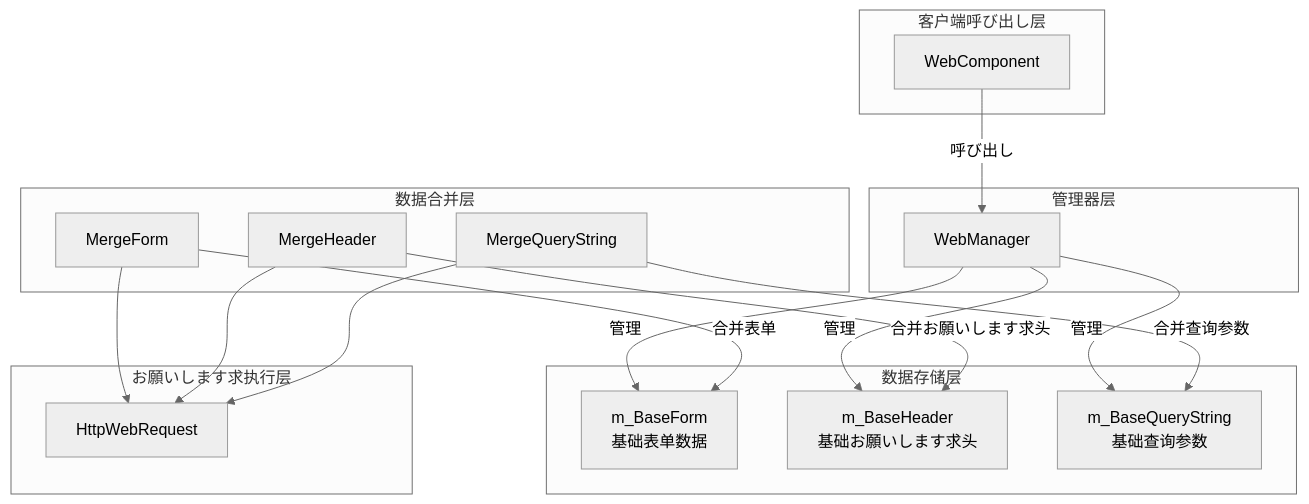
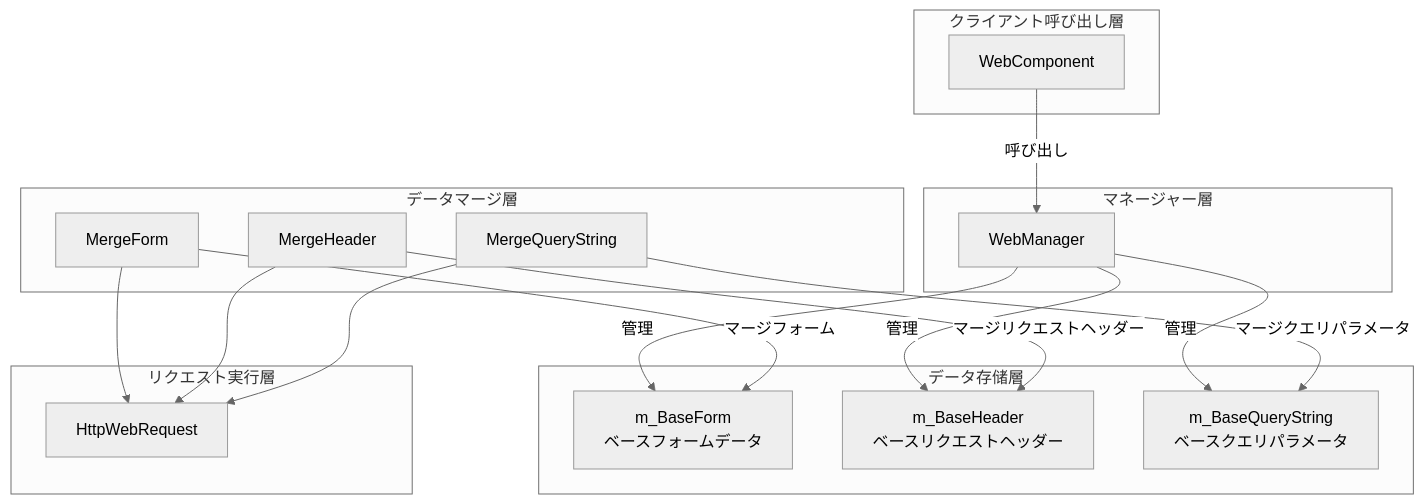
Before and after one commit to AlianBlank/GameFrameX.Docs: the first of 3 diagrams in docs/ja/client/unity/component/web/07.base-data.md, drawn with Mermaid (neutral theme). The commit also changed other lines of this file and 320 other files, not shown here.

````diff
--- a/docs/ja/client/unity/component/web/07.base-data.md
+++ b/docs/ja/client/unity/component/web/07.base-data.md
@@ -28,37 +28,37 @@
 ```mermaid
 flowchart TD
-    subgraph Client["客户端呼び出し层"]
+    subgraph Client["クライアント呼び出し層"]
         WC[WebComponent]
     end
 
-    subgraph Manager["管理器层"]
+    subgraph Manager["マネージャー層"]
         WM[WebManager]
     end
 
-    subgraph DataStore["数据存储层"]
-        BF[m_BaseForm<br/>基础表单数据]
-        BH[m_BaseHeader<br/>基础お願いします求头]
-        BQ[m_BaseQueryString<br/>基础查询参数]
+    subgraph DataStore["データ存储層"]
+        BF[m_BaseForm<br/>ベースフォームデータ]
+        BH[m_BaseHeader<br/>ベースリクエストヘッダー]
+        BQ[m_BaseQueryString<br/>ベースクエリパラメータ]
     end
 
-    subgraph Merger["数据合并层"]
+    subgraph Merger["データマージ層"]
         MF[MergeForm]
         MH[MergeHeader]
         MQ[MergeQueryString]
     end
 
-    subgraph Request["お願いします求执行层"]
+    subgraph Request["リクエスト実行層"]
         HTTP[HttpWebRequest]
     end
 
     WC -->|呼び出し| WM
     WM -->|管理| BF
     WM -->|管理| BH
     WM -->|管理| BQ
-    MF -->|合并表单| BF
-    MH -->|合并お願いします求头| BH
-    MQ -->|合并查询参数| BQ
+    MF -->|マージフォーム| BF
+    MH -->|マージリクエストヘッダー| BH
+    MQ -->|マージクエリパラメータ| BQ
     MF --> HTTP
     MH --> HTTP
     MQ --> HTTP
 ```
````
